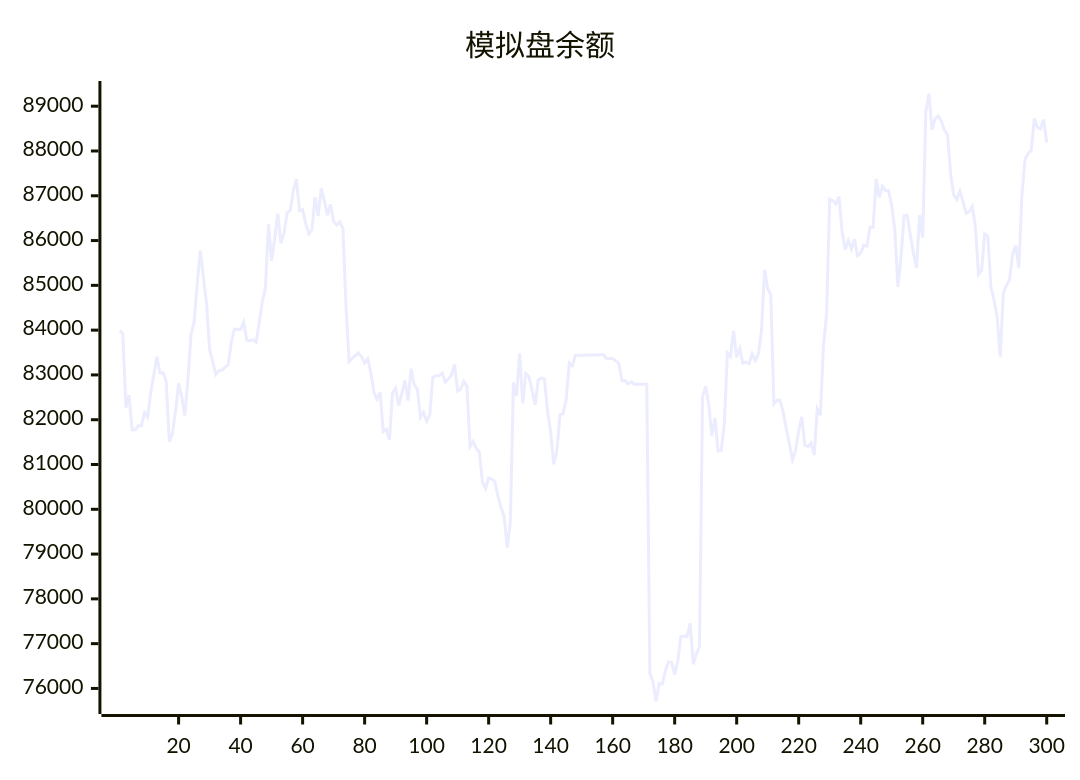
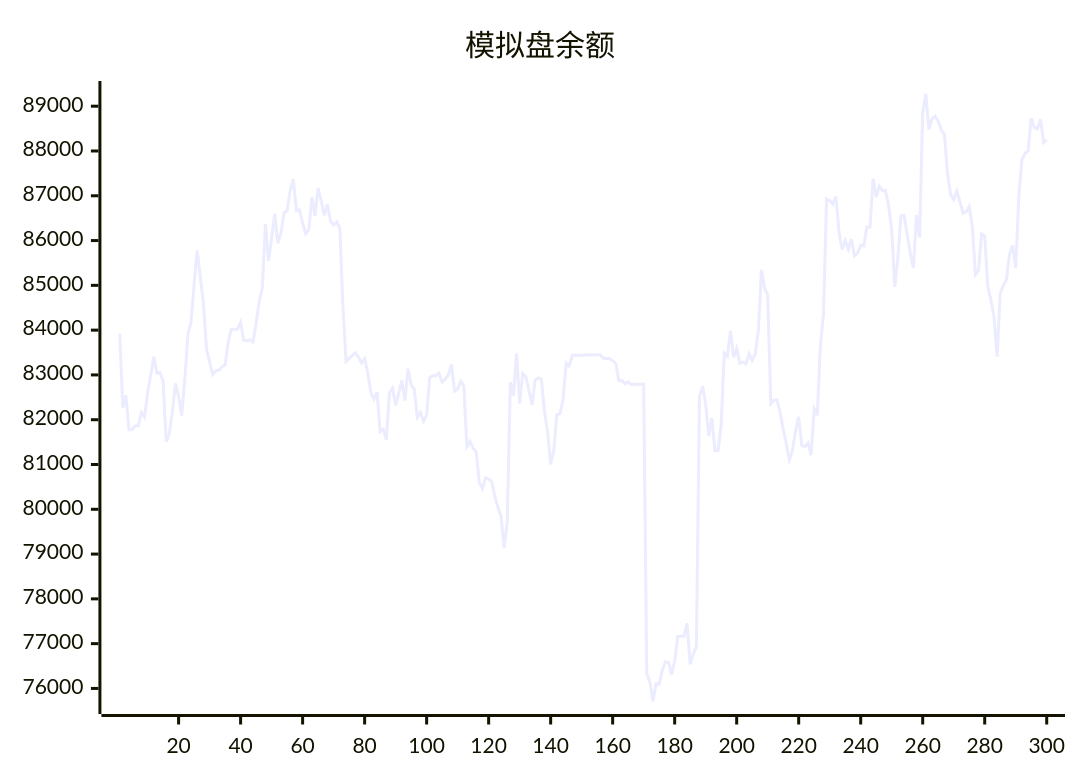
The diagram in README.md (aahl/ai-trading), drawn with Mermaid before and after one commit. The commit also changed other lines of this file and 1 other file, not shown here.

````diff
--- a/README.md
+++ b/README.md
@@ -5,5 +5,5 @@
 ```mermaid
 xychart
     title "模拟盘余额"
-    line [83993,83921,82270,82547,81776,81776,81866,81866,82158,82061,82596,83000,83408,83041,83050,82858,81503,81691,82188,82812,82517,82092,82901,83898,84180,85030,85781,85178,84604,83569,83298,83008,83093,83107,83175,83228,83729,84025,84017,84019,84177,83775,83762,83785,83738,84160,84639,84939,86370,85548,86046,86599,85942,86161,86622,86664,87115,87369,86666,86685,86384,86152,86243,86969,86548,87164,86885,86566,86809,86427,86348,86417,86273,84538,83299,83369,83430,83490,83404,83270,83362,83056,82605,82459,82614,81734,81788,81551,82598,82702,82320,82580,82878,82426,83139,82778,82686,82056,82166,81963,82110,82951,82983,82984,83038,82838,82915,82998,83235,82642,82682,82858,82746,81396,81512,81362,81277,80600,80461,80699,80673,80616,80288,80038,79836,79142,79722,82837,82533,83480,82366,83032,82960,82654,82330,82883,82934,82901,82188,81728,81005,81298,82110,82135,82449,83264,83203,83440,83439,83440,83440,83446,83447,83448,83447,83448,83449,83369,83369,83369,83313,83256,82872,82873,82801,82844,82785,82791,82791,82793,82794,76339,76145,75714,76110,76096,76397,76594,76585,76310,76607,77160,77170,77160,77456,76541,76774,76927,82520,82744,82337,81639,82040,81307,81314,81887,83490,83414,83984,83396,83594,83261,83287,83253,83470,83327,83465,83987,85348,84930,84786,82355,82433,82438,82167,81795,81466,81105,81315,81756,82064,81426,81398,81481,81210,82242,82099,83658,84359,86925,86892,86814,86980,86203,85802,86003,85811,86028,85657,85721,85896,85880,86300,86299,87378,86965,87214,87115,87118,86780,86238,84966,85623,86555,86562,86129,85722,85387,86569,86070,88870,89278,88477,88720,88781,88668,88467,88372,87493,87018,86917,87102,86870,86613,86644,86758,86317,85242,85334,86149,86106,84968,84671,84302,83410,84816,85001,85127,85693,85891,85384,87001,87811,87945,88007,88734,88528,88495,88705,88189]
+    line [83921,82270,82547,81776,81776,81866,81866,82158,82061,82596,83000,83408,83041,83050,82858,81503,81691,82188,82812,82517,82092,82901,83898,84180,85030,85781,85178,84604,83569,83298,83008,83093,83107,83175,83228,83729,84025,84017,84019,84177,83775,83762,83785,83738,84160,84639,84939,86370,85548,86046,86599,85942,86161,86622,86664,87115,87369,86666,86685,86384,86152,86243,86969,86548,87164,86885,86566,86809,86427,86348,86417,86273,84538,83299,83369,83430,83490,83404,83270,83362,83056,82605,82459,82614,81734,81788,81551,82598,82702,82320,82580,82878,82426,83139,82778,82686,82056,82166,81963,82110,82951,82983,82984,83038,82838,82915,82998,83235,82642,82682,82858,82746,81396,81512,81362,81277,80600,80461,80699,80673,80616,80288,80038,79836,79142,79722,82837,82533,83480,82366,83032,82960,82654,82330,82883,82934,82901,82188,81728,81005,81298,82110,82135,82449,83264,83203,83440,83439,83440,83440,83446,83447,83448,83447,83448,83449,83369,83369,83369,83313,83256,82872,82873,82801,82844,82785,82791,82791,82793,82794,76339,76145,75714,76110,76096,76397,76594,76585,76310,76607,77160,77170,77160,77456,76541,76774,76927,82520,82744,82337,81639,82040,81307,81314,81887,83490,83414,83984,83396,83594,83261,83287,83253,83470,83327,83465,83987,85348,84930,84786,82355,82433,82438,82167,81795,81466,81105,81315,81756,82064,81426,81398,81481,81210,82242,82099,83658,84359,86925,86892,86814,86980,86203,85802,86003,85811,86028,85657,85721,85896,85880,86300,86299,87378,86965,87214,87115,87118,86780,86238,84966,85623,86555,86562,86129,85722,85387,86569,86070,88870,89278,88477,88720,88781,88668,88467,88372,87493,87018,86917,87102,86870,86613,86644,86758,86317,85242,85334,86149,86106,84968,84671,84302,83410,84816,85001,85127,85693,85891,85384,87001,87811,87945,88007,88734,88528,88495,88705,88189,88248]
 ```
````
